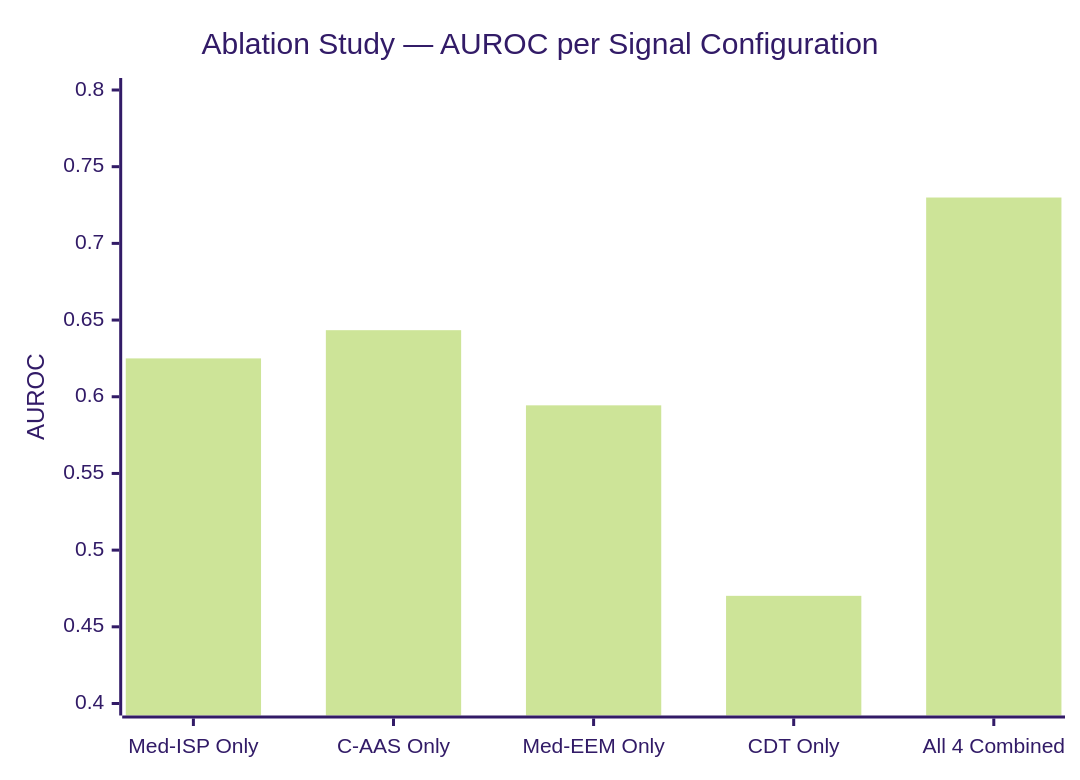
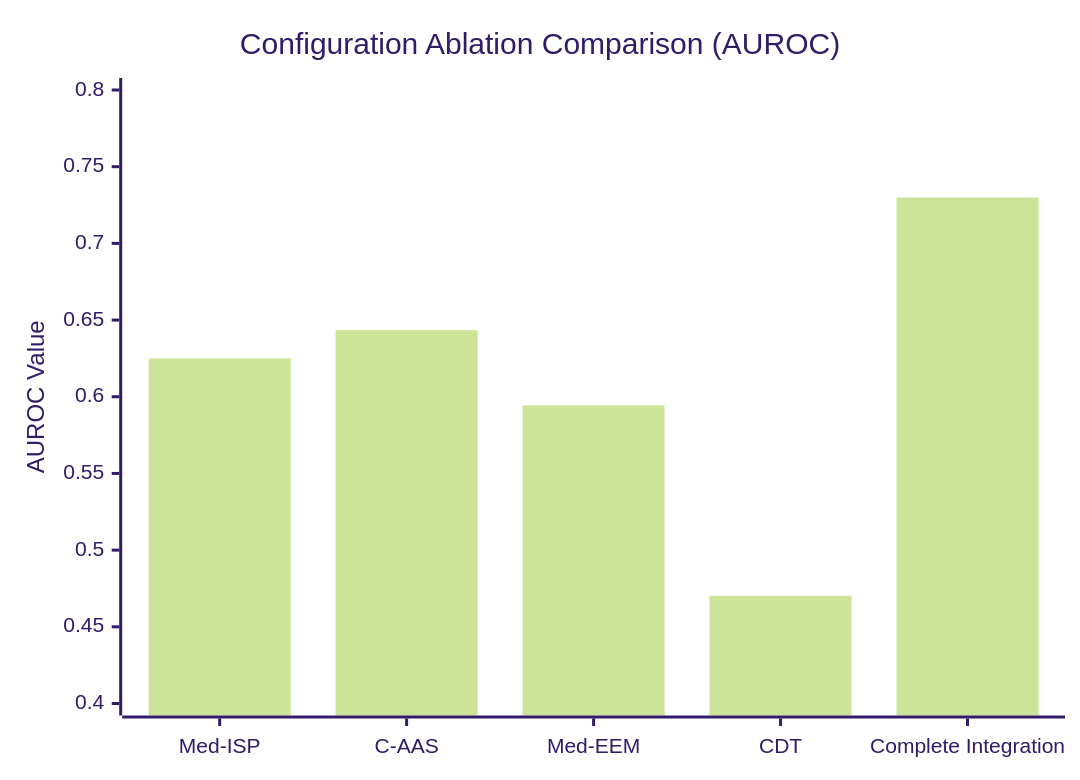
Before and after one commit to yogeshravi19/cliniguard: diagram 18 of 19 in CLINIGUARD_Project_Documentation_Report.md, drawn with Mermaid (forest theme). The commit also changed other lines of this file and 1 other file, not shown here.

````diff
--- a/CLINIGUARD_Project_Documentation_Report.md
+++ b/CLINIGUARD_Project_Documentation_Report.md
@@ -974,7 +780,7 @@
 ```mermaid
 xychart-beta
-    title "Ablation Study — AUROC per Signal Configuration"
-    x-axis ["Med-ISP Only", "C-AAS Only", "Med-EEM Only", "CDT Only", "All 4 Combined"]
-    y-axis "AUROC" 0.40 --> 0.80
+    title "Configuration Ablation Comparison (AUROC)"
+    x-axis ["Med-ISP", "C-AAS", "Med-EEM", "CDT", "Complete Integration"]
+    y-axis "AUROC Value" 0.40 --> 0.80
     bar [0.625, 0.6434, 0.5944, 0.4702, 0.7299]
 ```
````
